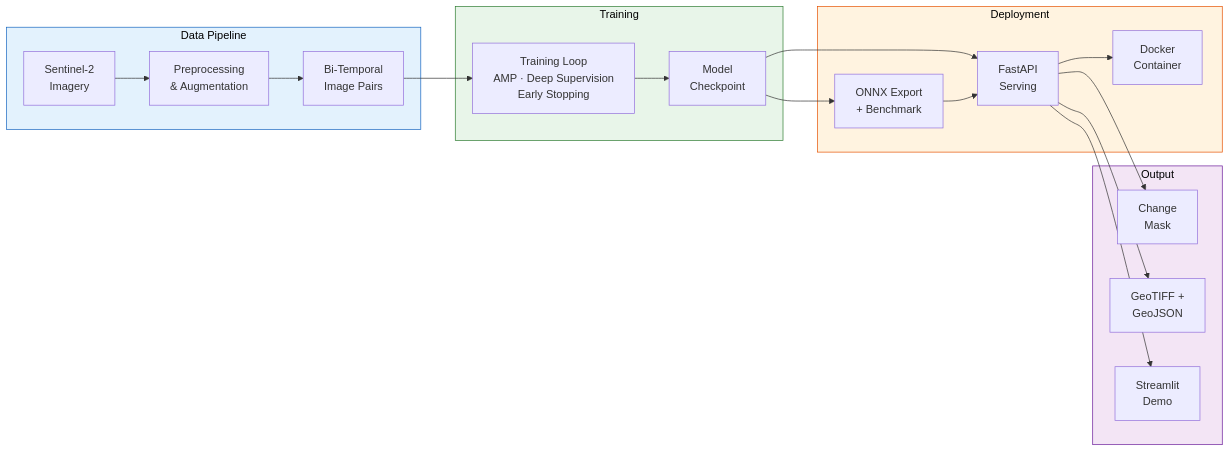
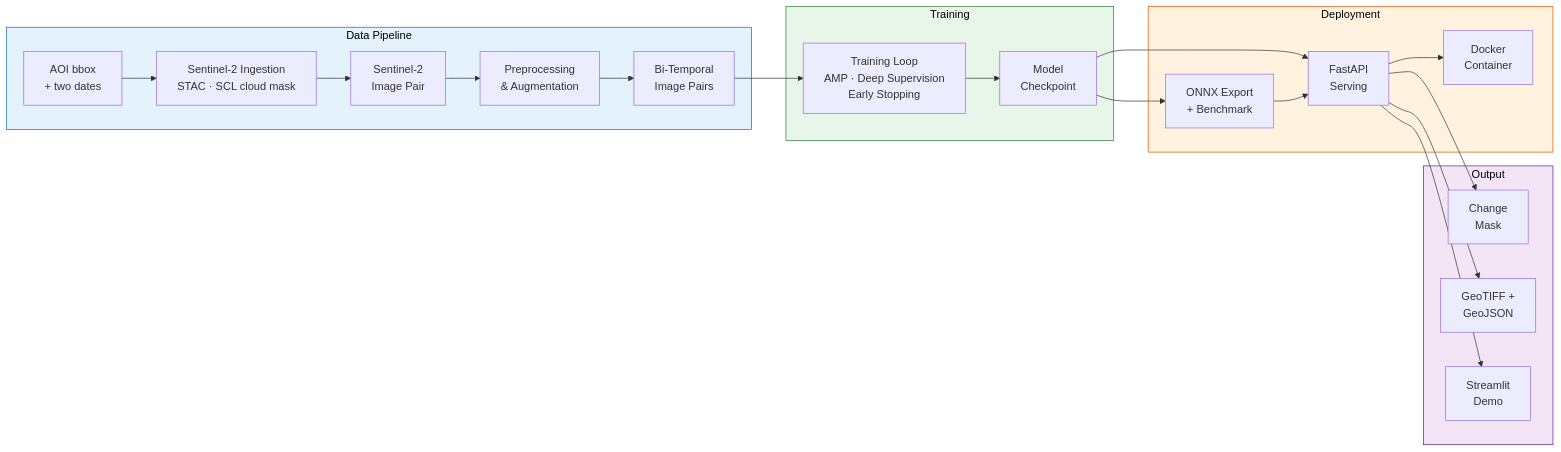
Before and after one commit to NeuralNomad7/satellite-change-detection: the first of 4 diagrams in README.md, drawn with Mermaid. The commit also changed other lines of this file and 5 other files, not shown here.

````diff
--- a/README.md
+++ b/README.md
@@ -19,30 +19,32 @@
 ```mermaid
 graph LR
     subgraph DATA ["Data Pipeline"]
-        S2["Sentinel-2\nImagery"] --> PP["Preprocessing\n& Augmentation"]
+        AOI["AOI bbox\n+ two dates"] --> INGEST["Sentinel-2 Ingestion\nSTAC · SCL cloud mask"]
+        INGEST --> S2["Sentinel-2\nImage Pair"]
+        S2 --> PP["Preprocessing\n& Augmentation"]
         PP --> PAIRS["Bi-Temporal\nImage Pairs"]
     end
 
     subgraph TRAIN ["Training"]
         PAIRS --> TR["Training Loop\nAMP · Deep Supervision\nEarly Stopping"]
         TR --> CKPT["Model\nCheckpoint"]
     end
 
     subgraph DEPLOY ["Deployment"]
         CKPT --> ONNX["ONNX Export\n+ Benchmark"]
         CKPT --> API["FastAPI\nServing"]
         ONNX --> API
         API --> DOCKER["Docker\nContainer"]
     end
 
     subgraph OUTPUT ["Output"]
         API --> MASK["Change\nMask"]
         API --> GEO["GeoTIFF +\nGeoJSON"]
         API --> DEMO["Streamlit\nDemo"]
     end
 
     style DATA fill:#e3f2fd,stroke:#1565c0,color:#000
     style TRAIN fill:#e8f5e9,stroke:#2e7d32,color:#000
     style DEPLOY fill:#fff3e0,stroke:#e65100,color:#000
     style OUTPUT fill:#f3e5f5,stroke:#6a1b9a,color:#000
 ```
````
